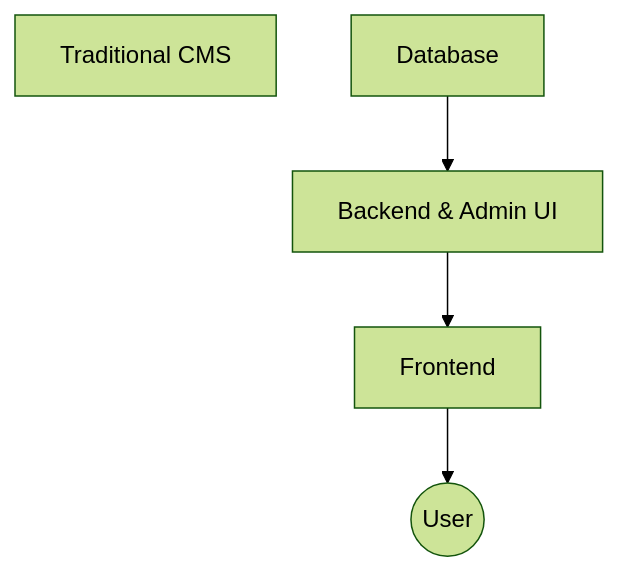
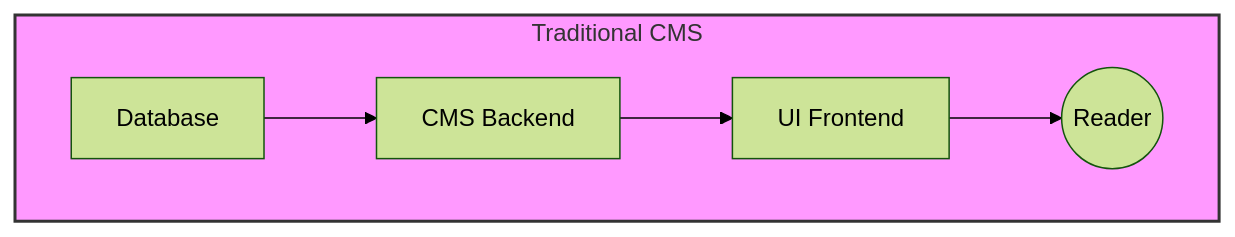
The first of 2 diagrams in README.md (this-oliver/headless-cms), drawn with Mermaid (forest theme) before and after one commit. The commit also changed other lines of this file, not shown here.

Commit message:
docs: reverts readme diagrams (#13)

````diff
--- a/README.md
+++ b/README.md
@@ -65,5 +65,10 @@
 ```mermaid
 flowchart TD
-    TC[Traditional CMS]
-    DB[Database] --> CMS[Backend & Admin UI] --> UI[Frontend] --> User((User))
+    subgraph TC["Traditional CMS"]
+        style TC fill:#f9f,stroke:#333,stroke-width:2px
+        DB[Database]
+        CMS[CMS Backend]
+        UI[UI Frontend]
+        DB --> CMS --> UI --> Reader1((Reader))
+    end
 ```
````
